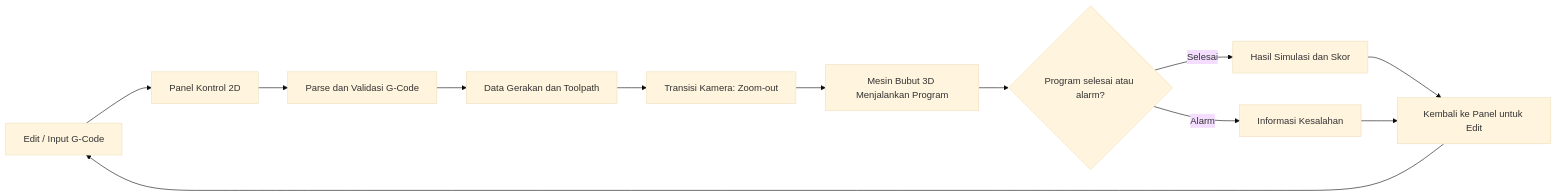
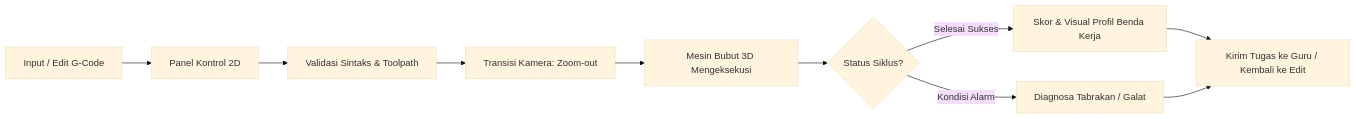
One commit to FataFavian/SiNC changed the second of 3 diagrams in README.md. Above: the diagram before and after it, drawn with Mermaid (base theme). The commit also changed other lines of this file, not shown here.

````diff
--- a/README.md
+++ b/README.md
@@ -71,14 +93,12 @@
 ```mermaid
 flowchart LR
-    A[Edit / Input G-Code] --> B[Panel Kontrol 2D]
-    B --> C[Parse dan Validasi G-Code]
-    C --> D[Data Gerakan dan Toolpath]
-    D --> E[Transisi Kamera: Zoom-out]
-    E --> F[Mesin Bubut 3D Menjalankan Program]
-    F --> G{Program selesai atau alarm?}
-    G -->|Selesai| H[Hasil Simulasi dan Skor]
-    G -->|Alarm| I[Informasi Kesalahan]
-    H --> J[Kembali ke Panel untuk Edit]
-    I --> J
-    J --> A
+    A[Input / Edit G-Code] --> B[Panel Kontrol 2D]
+    B --> C[Validasi Sintaks & Toolpath]
+    C --> D[Transisi Kamera: Zoom-out]
+    D --> E[Mesin Bubut 3D Mengeksekusi]
+    E --> F{Status Siklus?}
+    F -->|Selesai Sukses| G[Skor & Visual Profil Benda Kerja]
+    F -->|Kondisi Alarm| H[Diagnosa Tabrakan / Galat]
+    G --> I[Kirim Tugas ke Guru / Kembali ke Edit]
+    H --> I
 ```
````
